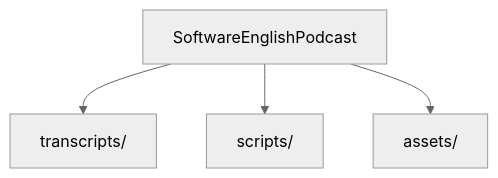
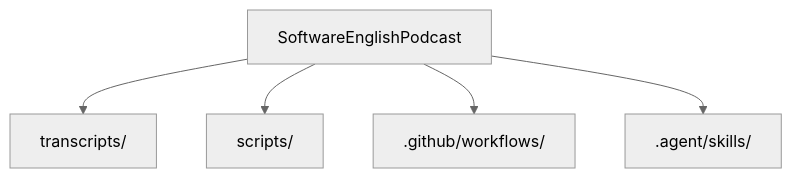
The diagram in README.md (CloudyWing/software-english-podcast), drawn with Mermaid (neutral theme) before and after one commit. The commit also changed other lines of this file, not shown here.

````diff
--- a/README.md
+++ b/README.md
@@ -30,6 +30,7 @@
 ```mermaid
 graph TD
     Root[SoftwareEnglishPodcast] --> Transcripts[transcripts/]
     Root --> Scripts[scripts/]
-    Root --> Assets[assets/]
+    Root --> Workflows[.github/workflows/]
+    Root --> AgentSkills[.agent/skills/]
 ```
````
